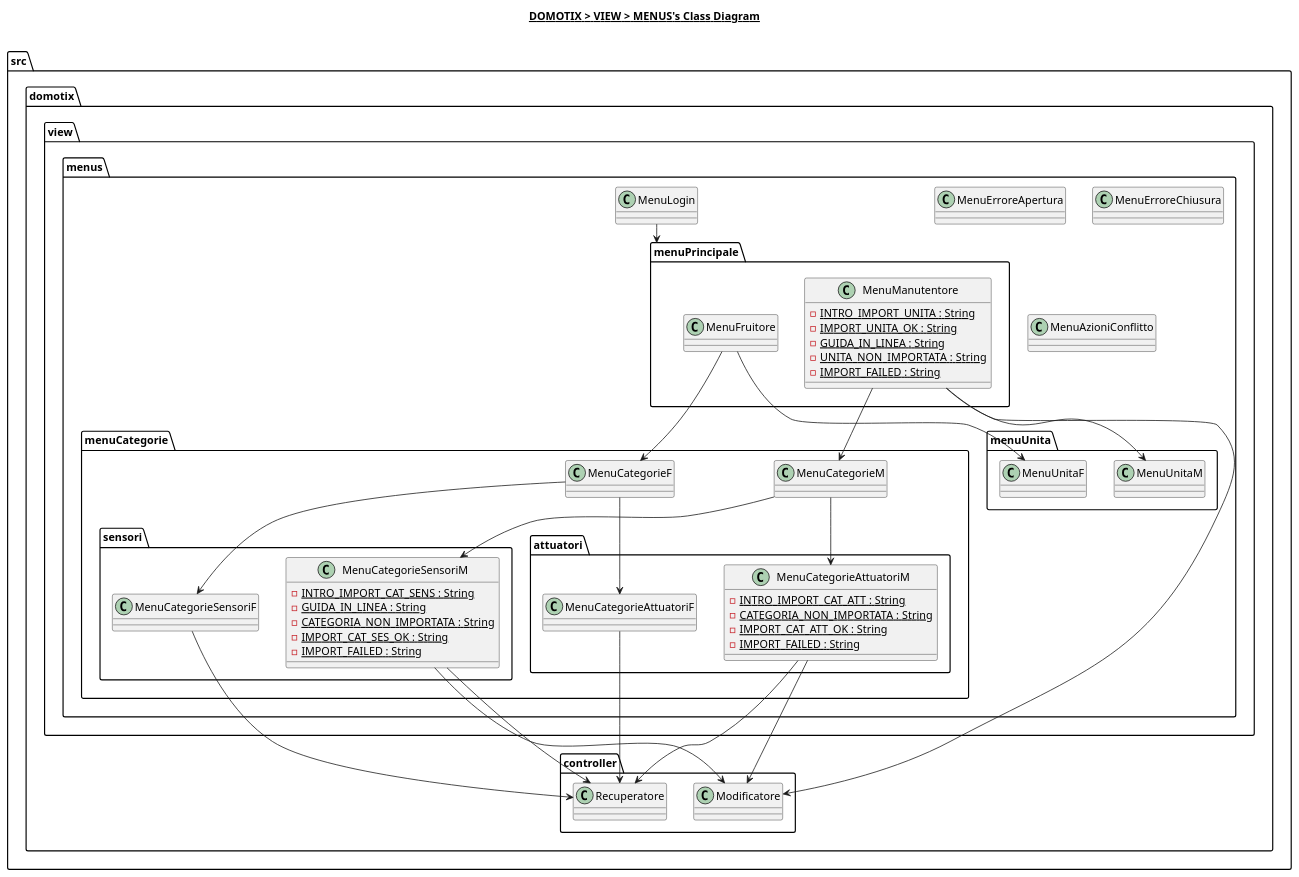
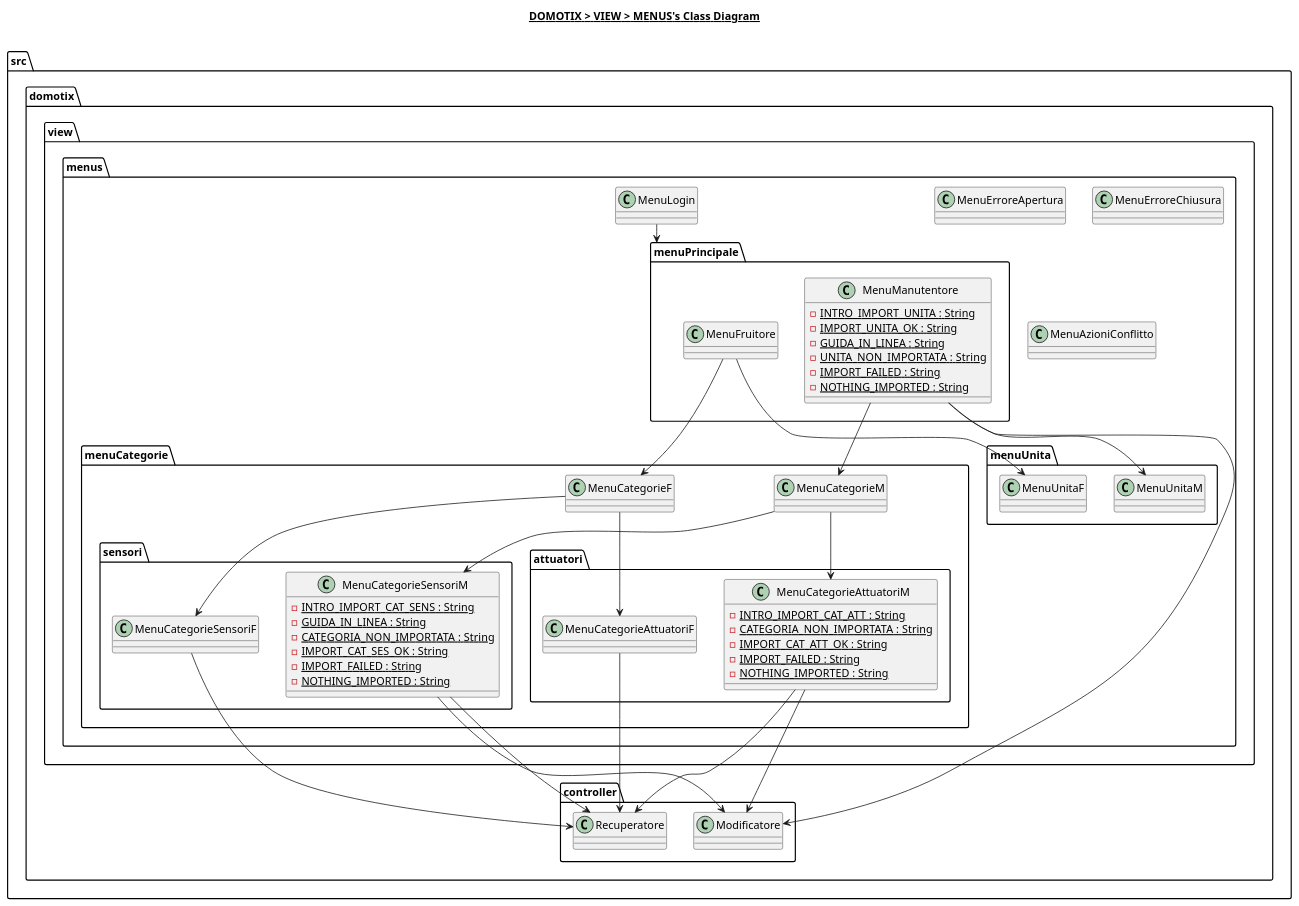
One commit to Edoar-do/Domotix changed the diagram in src/domotix/view/menus/menus.plantuml. Above: the diagram before and after it, drawn with PlantUML. The commit also changed 40 other files, not shown here.

Commit message:
Aggiunge documentazione diagrammi V5

```diff
--- a/src/domotix/view/menus/menus.plantuml
+++ b/src/domotix/view/menus/menus.plantuml
@@ -1,86 +1,89 @@
 @startuml
 
 title __DOMOTIX > VIEW > MENUS's Class Diagram__\n
 
 namespace src.domotix.view.menus {
     class src.domotix.view.menus.MenuErroreApertura {
     }
 
     class src.domotix.view.menus.MenuErroreChiusura {
     }
 
     class src.domotix.view.menus.MenuAzioniConflitto {
     }
 
     class src.domotix.view.menus.MenuLogin {
     }
 
     namespace menuPrincipale {
         class src.domotix.view.menus.menuPrincipale.MenuFruitore {
         }
 
         class src.domotix.view.menus.menuPrincipale.MenuManutentore {
             {static} - INTRO_IMPORT_UNITA : String
             {static} - IMPORT_UNITA_OK : String
             {static} - GUIDA_IN_LINEA : String
             {static} - UNITA_NON_IMPORTATA : String
             {static} - IMPORT_FAILED : String
+            {static} - NOTHING_IMPORTED : String
         }
     }
 
     namespace menuCategorie {
         class src.domotix.view.menus.menuCategorie.MenuCategorieF {
         }
 
         class src.domotix.view.menus.menuCategorie.MenuCategorieM {
         }
 
         namespace sensori {
             class src.domotix.view.menus.menuCategorie.sensori.MenuCategorieSensoriF {
             }
 
             class src.domotix.view.menus.menuCategorie.sensori.MenuCategorieSensoriM {
                 {static} - INTRO_IMPORT_CAT_SENS : String
                 {static} - GUIDA_IN_LINEA : String
                 {static} - CATEGORIA_NON_IMPORTATA : String
                 {static} - IMPORT_CAT_SES_OK : String
                 {static} - IMPORT_FAILED : String
+                {static} - NOTHING_IMPORTED : String
             }
         }
 
         namespace attuatori {
             class src.domotix.view.menus.menuCategorie.attuatori.MenuCategorieAttuatoriF {
             }
 
             class src.domotix.view.menus.menuCategorie.attuatori.MenuCategorieAttuatoriM {
                 {static} - INTRO_IMPORT_CAT_ATT : String
                 {static} - CATEGORIA_NON_IMPORTATA : String
                 {static} - IMPORT_CAT_ATT_OK : String
                 {static} - IMPORT_FAILED : String
+                {static} - NOTHING_IMPORTED : String
             }
         }
     }
 
     namespace menuUnita {
     }
 }
 
 src.domotix.view.menus.MenuLogin --> src.domotix.view.menus.menuPrincipale
 src.domotix.view.menus.menuPrincipale.MenuManutentore --> src.domotix.view.menus.menuUnita.MenuUnitaM
 src.domotix.view.menus.menuPrincipale.MenuFruitore --> src.domotix.view.menus.menuUnita.MenuUnitaF
 src.domotix.view.menus.menuPrincipale.MenuManutentore --> src.domotix.view.menus.menuCategorie.MenuCategorieM
 src.domotix.view.menus.menuPrincipale.MenuFruitore --> src.domotix.view.menus.menuCategorie.MenuCategorieF
 src.domotix.view.menus.menuCategorie.MenuCategorieM --> src.domotix.view.menus.menuCategorie.attuatori.MenuCategorieAttuatoriM
 src.domotix.view.menus.menuCategorie.MenuCategorieM --> src.domotix.view.menus.menuCategorie.sensori.MenuCategorieSensoriM
 src.domotix.view.menus.menuCategorie.MenuCategorieF --> src.domotix.view.menus.menuCategorie.attuatori.MenuCategorieAttuatoriF
 src.domotix.view.menus.menuCategorie.MenuCategorieF --> src.domotix.view.menus.menuCategorie.sensori.MenuCategorieSensoriF
 
 src.domotix.view.menus.menuCategorie.attuatori.MenuCategorieAttuatoriM --> src.domotix.controller.Modificatore
 src.domotix.view.menus.menuCategorie.attuatori.MenuCategorieAttuatoriM --> src.domotix.controller.Recuperatore
 src.domotix.view.menus.menuCategorie.attuatori.MenuCategorieAttuatoriF --> src.domotix.controller.Recuperatore
 src.domotix.view.menus.menuCategorie.sensori.MenuCategorieSensoriM --> src.domotix.controller.Modificatore
 src.domotix.view.menus.menuCategorie.sensori.MenuCategorieSensoriM --> src.domotix.controller.Recuperatore
 src.domotix.view.menus.menuCategorie.sensori.MenuCategorieSensoriF --> src.domotix.controller.Recuperatore
 src.domotix.view.menus.menuPrincipale.MenuManutentore --> src.domotix.controller.Modificatore
 
 @enduml
```
